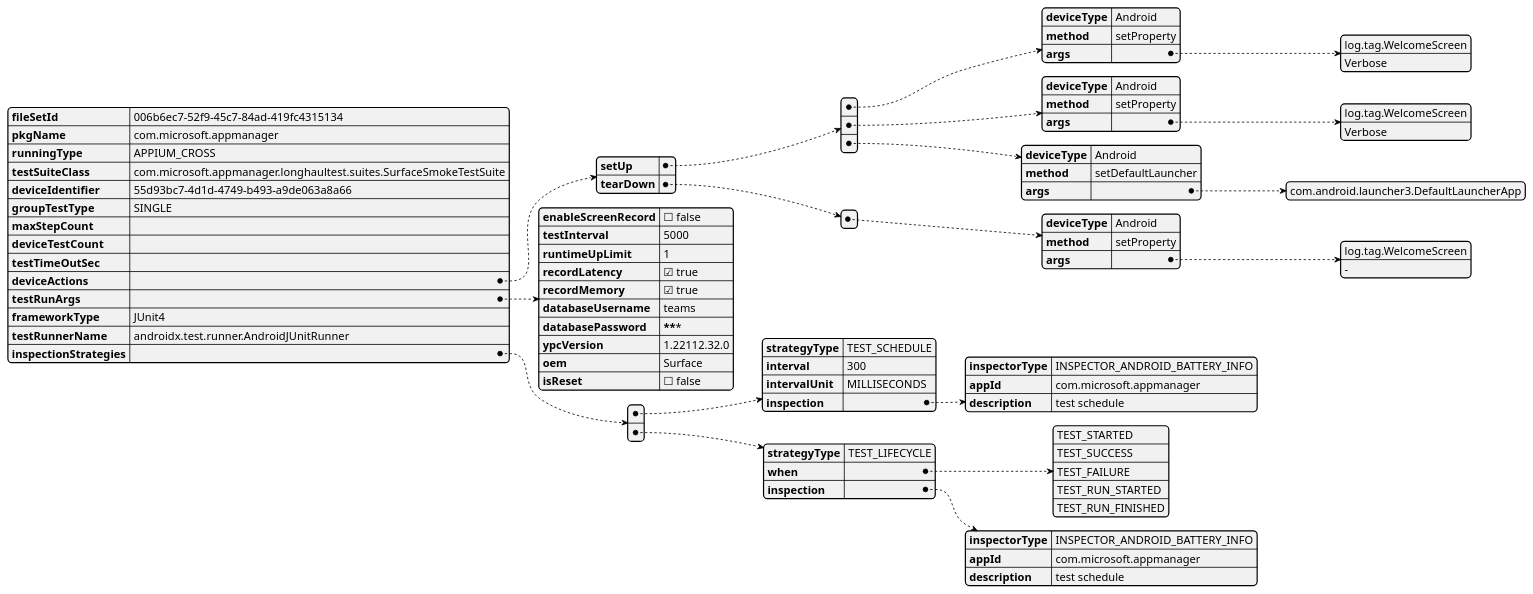
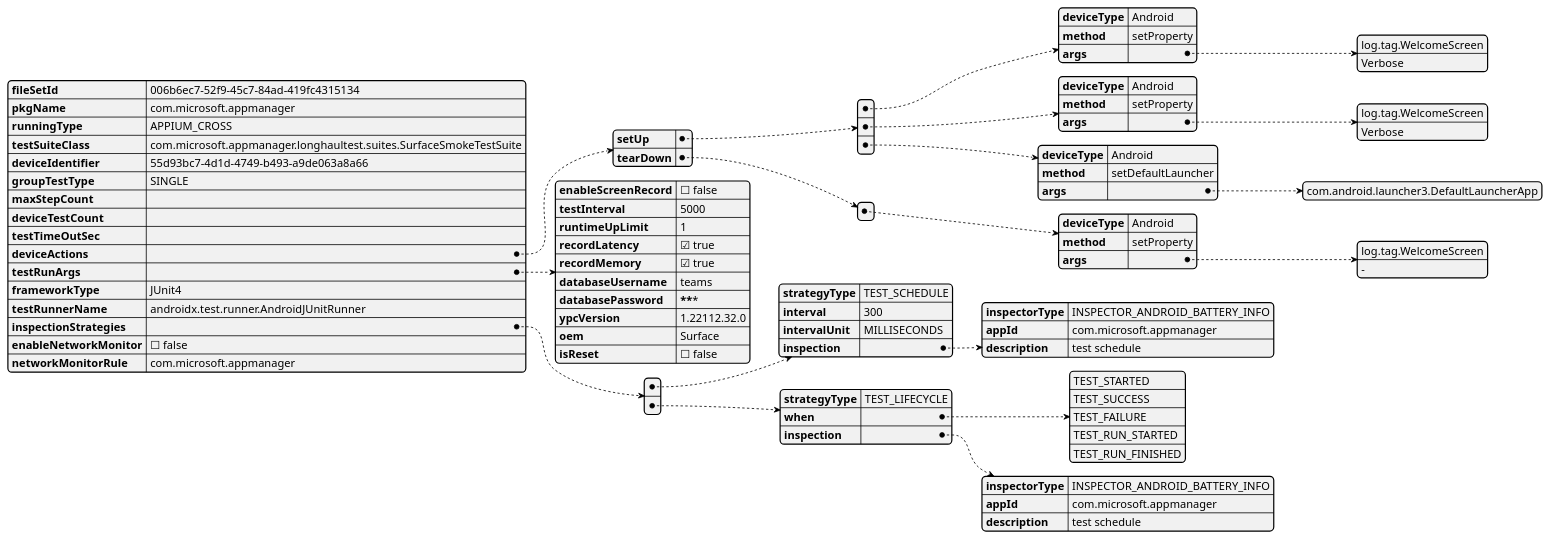
Before and after one commit to microsoft/HydraLab: the fourth of 6 diagrams in agent/doc/UML/test_runner_design.puml, drawn with PlantUML. The commit also changed 34 other files, not shown here.

```diff
--- a/agent/doc/UML/test_runner_design.puml
+++ b/agent/doc/UML/test_runner_design.puml
@@ -99,76 +99,78 @@
 @startjson test_task_spec_design
 {
     "fileSetId": "006b6ec7-52f9-45c7-84ad-419fc4315134",
     "pkgName": "com.microsoft.appmanager",
     "runningType": "APPIUM_CROSS",
     "testSuiteClass": "com.microsoft.appmanager.longhaultest.suites.SurfaceSmokeTestSuite",
     "deviceIdentifier": "55d93bc7-4d1d-4749-b493-a9de063a8a66",
     "groupTestType": "SINGLE",
     "maxStepCount": "",
     "deviceTestCount": "",
     "testTimeOutSec": "",
     "deviceActions":{
         "setUp":[{
             "deviceType":"Android",
             "method":"setProperty",
             "args": ["log.tag.WelcomeScreen","Verbose"]
         },
         {
             "deviceType":"Android",
             "method":"setProperty",
             "args": ["log.tag.WelcomeScreen","Verbose"]
         },
         {
             "deviceType":"Android",
             "method":"setDefaultLauncher",
             "args": ["com.android.launcher3.DefaultLauncherApp"]
         }],
         "tearDown":[{
             "deviceType":"Android",
             "method":"setProperty",
             "args": ["log.tag.WelcomeScreen","-"]
         }]
      },
     "testRunArgs": {
         "enableScreenRecord": false,
         "testInterval": 5000,
         "runtimeUpLimit": 1,
         "recordLatency": true,
         "recordMemory": true,
         "databaseUsername": "teams",
         "databasePassword": "***********",
         "ypcVersion": "1.22112.32.0",
         "oem": "Surface",
         "isReset": false
     },
     "frameworkType": "JUnit4",
     "testRunnerName": "androidx.test.runner.AndroidJUnitRunner",
     "inspectionStrategies": [
         {
             "strategyType": "TEST_SCHEDULE",
             "interval": 300,
             "intervalUnit": "MILLISECONDS",
             "inspection": {
                 "inspectorType": "INSPECTOR_ANDROID_BATTERY_INFO",
                 "appId": "com.microsoft.appmanager",
                 "description": "test schedule"
             }
         },
         {
              "strategyType": "TEST_LIFECYCLE",
              "when": [
                  "TEST_STARTED",
                  "TEST_SUCCESS",
                  "TEST_FAILURE",
                  "TEST_RUN_STARTED",
                  "TEST_RUN_FINISHED"
              ],
              "inspection": {
                  "inspectorType": "INSPECTOR_ANDROID_BATTERY_INFO",
                  "appId": "com.microsoft.appmanager",
                  "description": "test schedule"
              }
          }
-    ]
+    ],
+    "enableNetworkMonitor": false,
+    "networkMonitorRule": "com.microsoft.appmanager"
 }
 @endjson
```
